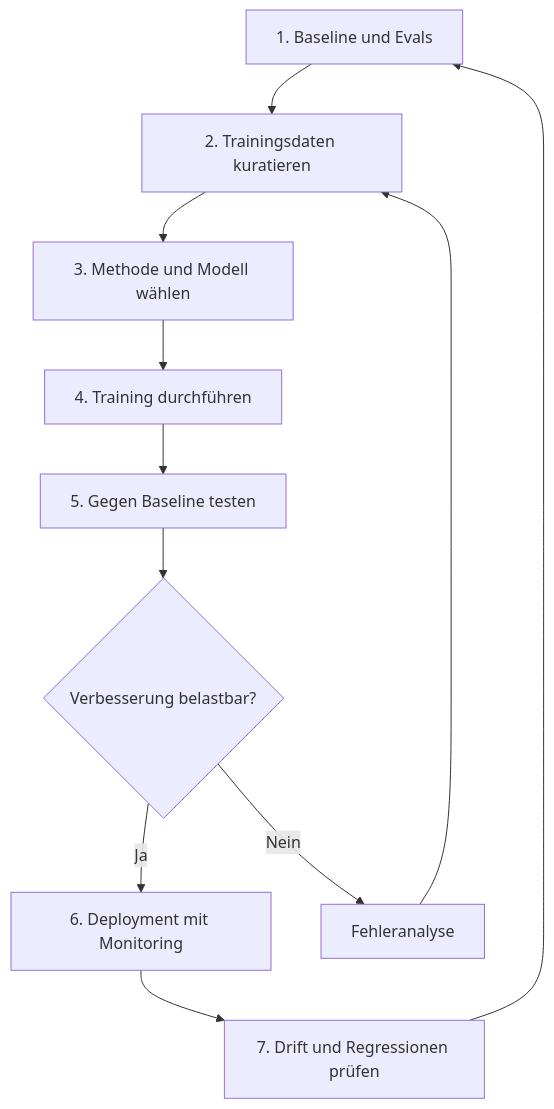
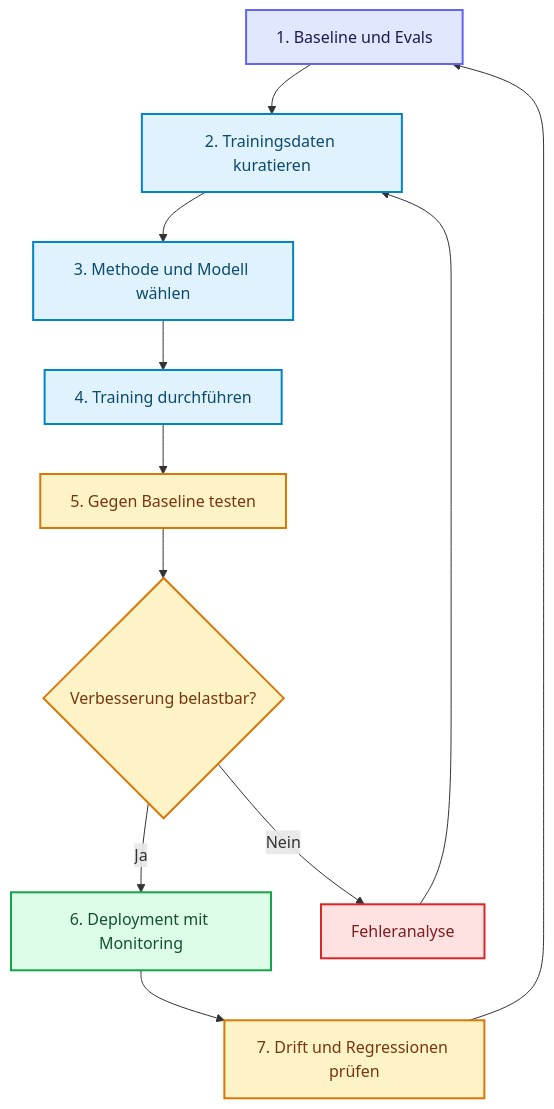
One commit to ralf-42/Agenten changed the diagram in docs/03-modelle-provider-anpassung/fine-tuning.md. Above: the diagram before and after it, drawn with Mermaid. The commit also changed 18 other files, not shown here.

````diff
--- a/docs/03-modelle-provider-anpassung/fine-tuning.md
+++ b/docs/03-modelle-provider-anpassung/fine-tuning.md
@@ -103,13 +103,24 @@
 ```mermaid
 flowchart TB
     A[1. Baseline und Evals] --> B[2. Trainingsdaten kuratieren]
     B --> C[3. Methode und Modell wählen]
     C --> D[4. Training durchführen]
     D --> E[5. Gegen Baseline testen]
     E --> F{Verbesserung belastbar?}
     F -->|Ja| G[6. Deployment mit Monitoring]
     F -->|Nein| H[Fehleranalyse]
     H --> B
     G --> I[7. Drift und Regressionen prüfen]
     I --> A
+
+    classDef default fill:#e0f2fe,stroke:#0284c7,stroke-width:2px,color:#0c4a6e;
+    classDef input fill:#e0e7ff,stroke:#6366f1,stroke-width:2px,color:#1e1b4b;
+    classDef metric fill:#fef3c7,stroke:#d97706,stroke-width:2px,color:#78350f;
+    classDef output fill:#dcfce7,stroke:#16a34a,stroke-width:2px,color:#14532d;
+    classDef stop fill:#fee2e2,stroke:#dc2626,stroke-width:2px,color:#7f1d1d;
+
+    class A input;
+    class E,F,I metric;
+    class G output;
+    class H stop;
 ```
````
